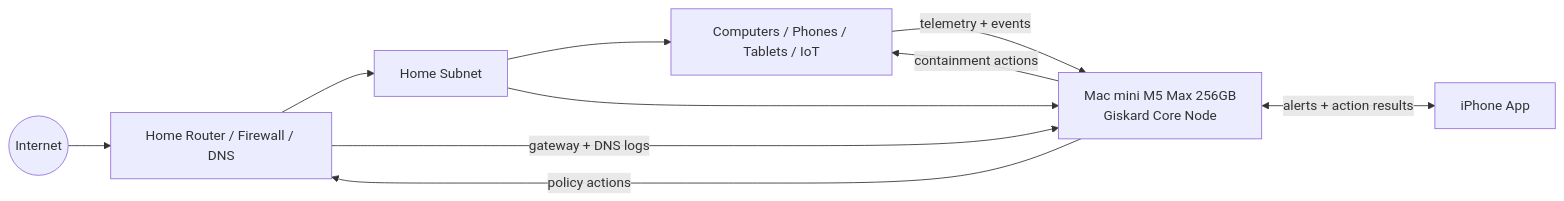
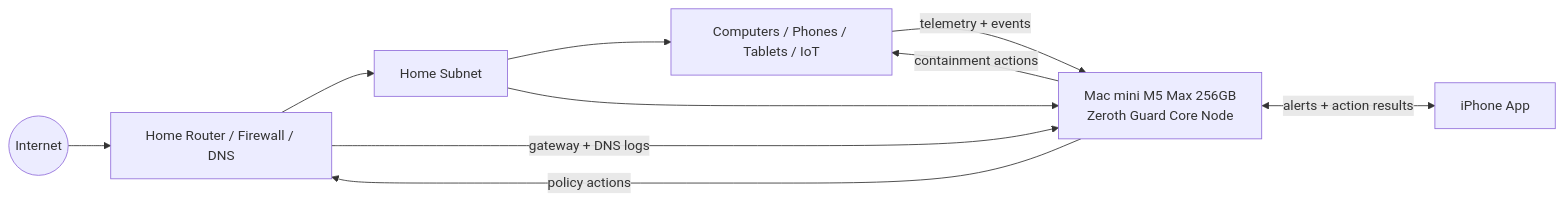
One commit to ericrkern/giskard changed the first of 2 diagrams in docs/hardware.md. Above: the diagram before and after it, drawn with Mermaid. The commit also changed other lines of this file and 35 other files, not shown here.

First line of the commit message:
Rebrand to Zeroth Guard; add swarm agents, OpenClaw tools/skills, Asimov background doc

````diff
--- a/docs/hardware.md
+++ b/docs/hardware.md
@@ -20,20 +34,20 @@
 ```mermaid
 flowchart LR
     Internet((Internet))
     Router[Home Router / Firewall / DNS]
     Subnet[Home Subnet]
     Devices[Computers / Phones / Tablets / IoT]
-    MacMini[Mac mini M5 Max 256GB<br/>Giskard Core Node]
+    MacMini[Mac mini M5 Max 256GB<br/>Zeroth Guard Core Node]
     iPhone[iPhone App]
 
     Internet --> Router
     Router --> Subnet
     Subnet --> Devices
     Subnet --> MacMini
 
     Devices -->|telemetry + events| MacMini
     Router -->|gateway + DNS logs| MacMini
     MacMini -->|policy actions| Router
     MacMini -->|containment actions| Devices
     MacMini <--> |alerts + action results| iPhone
 ```
````
